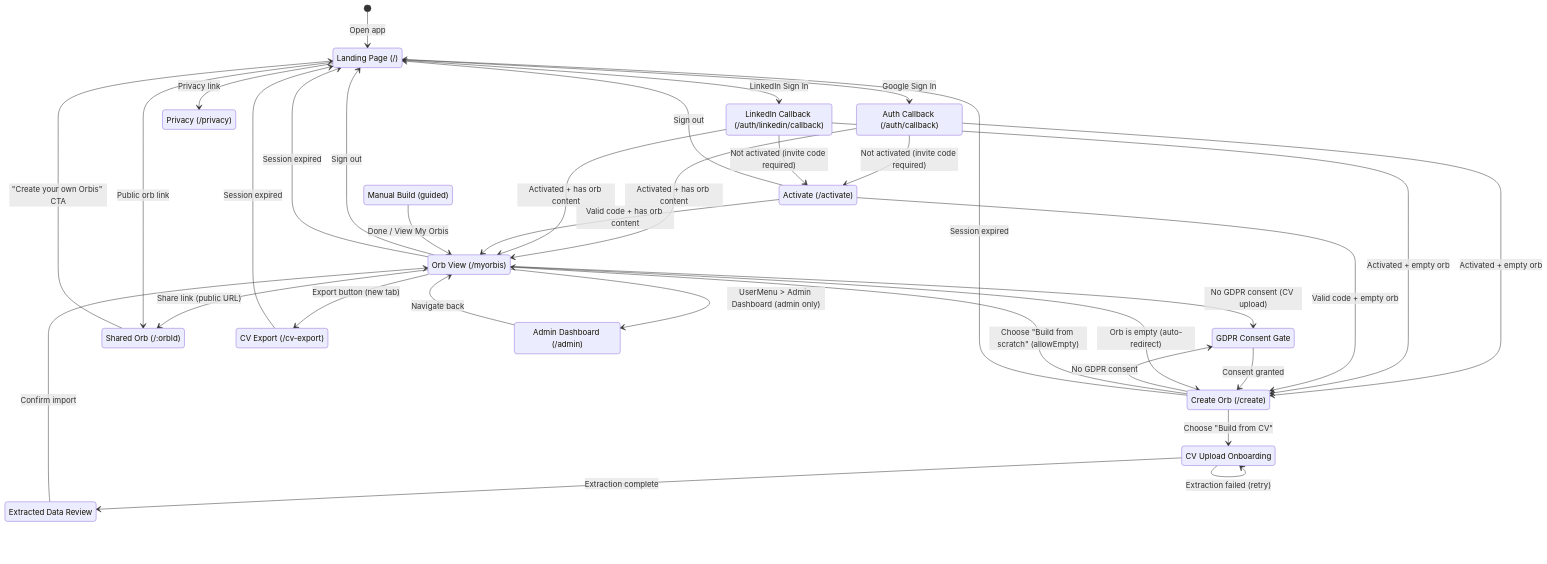
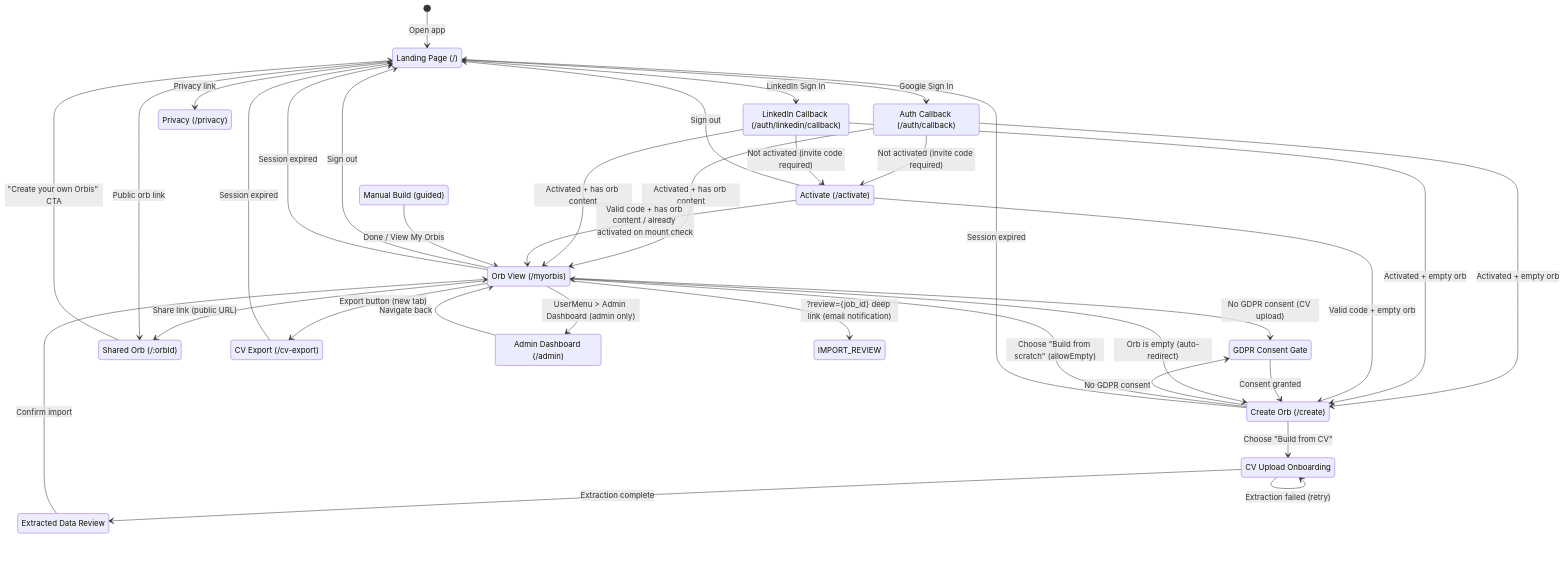
The first of 3 diagrams in docs/navigation-flow.md (open-orbis/open-orbis), drawn with Mermaid before and after one commit. The commit also changed other lines of this file and 5 other files, not shown here.

````diff
--- a/docs/navigation-flow.md
+++ b/docs/navigation-flow.md
@@ -19,68 +19,69 @@
 ```mermaid
 stateDiagram-v2
     [*] --> LANDING: Open app
 
     %% ── Authentication ──
     state "Landing Page (/)" as LANDING
     state "Auth Callback (/auth/callback)" as AUTH_CALLBACK
     state "LinkedIn Callback (/auth/linkedin/callback)" as LINKEDIN_CALLBACK
     state "GDPR Consent Gate" as CONSENT_GATE
     state "Create Orb (/create)" as CREATE
     state "CV Upload Onboarding" as CV_UPLOAD
     state "Extracted Data Review" as CV_REVIEW
     state "Manual Build (guided)" as MANUAL_BUILD
     state "Orb View (/myorbis)" as ORB_VIEW
     state "Shared Orb (/:orbId)" as SHARED_ORB
     state "CV Export (/cv-export)" as CV_EXPORT
     state "Privacy (/privacy)" as PRIVACY
     state "Activate (/activate)" as ACTIVATION
     state "Admin Dashboard (/admin)" as ADMIN
 
     %% ── Auth flows ──
     LANDING --> AUTH_CALLBACK: Google Sign In
     LANDING --> LINKEDIN_CALLBACK: LinkedIn Sign In
     AUTH_CALLBACK --> ACTIVATION: Not activated (invite code required)
     AUTH_CALLBACK --> ORB_VIEW: Activated + has orb content
     AUTH_CALLBACK --> CREATE: Activated + empty orb
     LINKEDIN_CALLBACK --> ACTIVATION: Not activated (invite code required)
     LINKEDIN_CALLBACK --> ORB_VIEW: Activated + has orb content
     LINKEDIN_CALLBACK --> CREATE: Activated + empty orb
 
     %% ── Activation gate (closed beta) ──
-    ACTIVATION --> ORB_VIEW: Valid code + has orb content
+    ACTIVATION --> ORB_VIEW: Valid code + has orb content / already activated on mount check
     ACTIVATION --> CREATE: Valid code + empty orb
     ACTIVATION --> LANDING: Sign out
 
     %% ── Admin dashboard ──
     ORB_VIEW --> ADMIN: UserMenu > Admin Dashboard (admin only)
     ADMIN --> ORB_VIEW: Navigate back
 
     %% ── Consent gate ──
     CREATE --> CONSENT_GATE: No GDPR consent
     CONSENT_GATE --> CREATE: Consent granted
     ORB_VIEW --> CONSENT_GATE: No GDPR consent (CV upload)
 
     %% ── Create flows ──
     CREATE --> CV_UPLOAD: Choose "Build from CV"
     CREATE --> ORB_VIEW: Choose "Build from scratch" (allowEmpty)
     CV_UPLOAD --> CV_REVIEW: Extraction complete
     CV_REVIEW --> ORB_VIEW: Confirm import
     CV_UPLOAD --> CV_UPLOAD: Extraction failed (retry)
     MANUAL_BUILD --> ORB_VIEW: Done / View My Orbis
 
     %% ── Orb View navigation ──
     ORB_VIEW --> CV_EXPORT: Export button (new tab)
     ORB_VIEW --> SHARED_ORB: Share link (public URL)
     ORB_VIEW --> CREATE: Orb is empty (auto-redirect)
     ORB_VIEW --> LANDING: Sign out
+    ORB_VIEW --> IMPORT_REVIEW: ?review={job_id} deep link (email notification)
 
     %% ── Public pages ──
     LANDING --> PRIVACY: Privacy link
     LANDING --> SHARED_ORB: Public orb link
     SHARED_ORB --> LANDING: "Create your own Orbis" CTA
 
     %% ── Session expiry ──
     ORB_VIEW --> LANDING: Session expired
     CREATE --> LANDING: Session expired
     CV_EXPORT --> LANDING: Session expired
 ```
````
